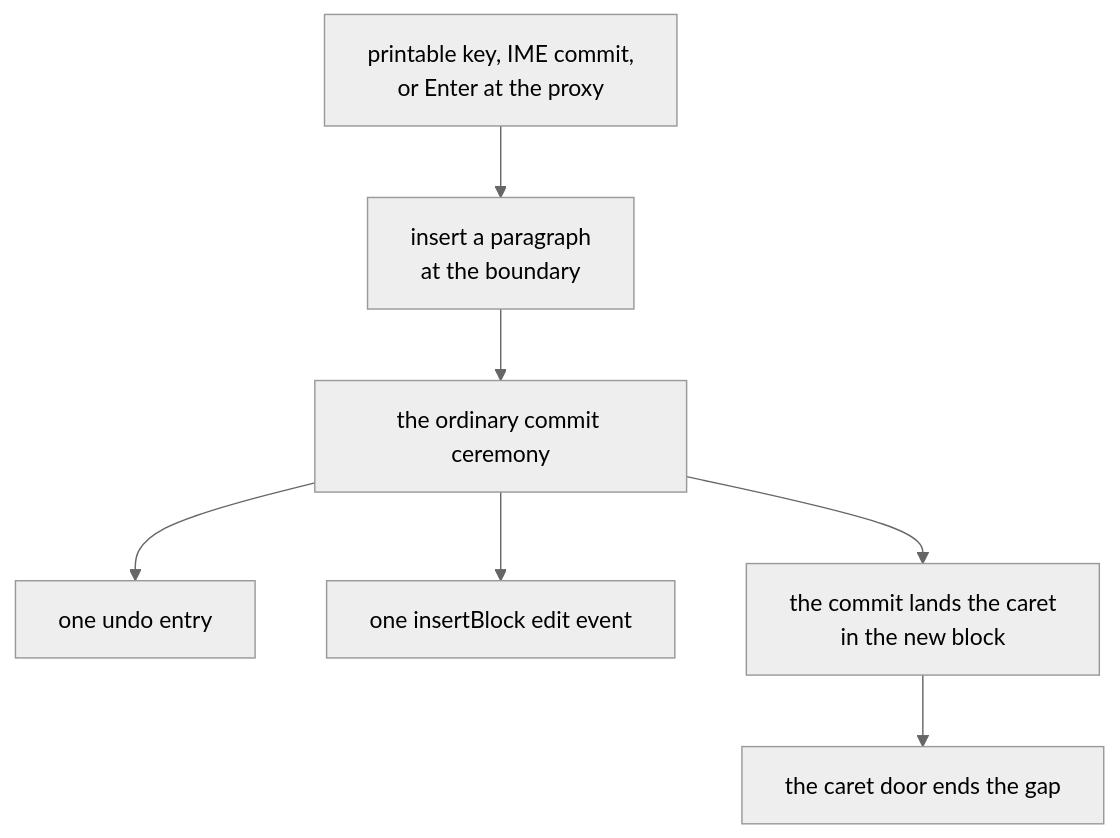
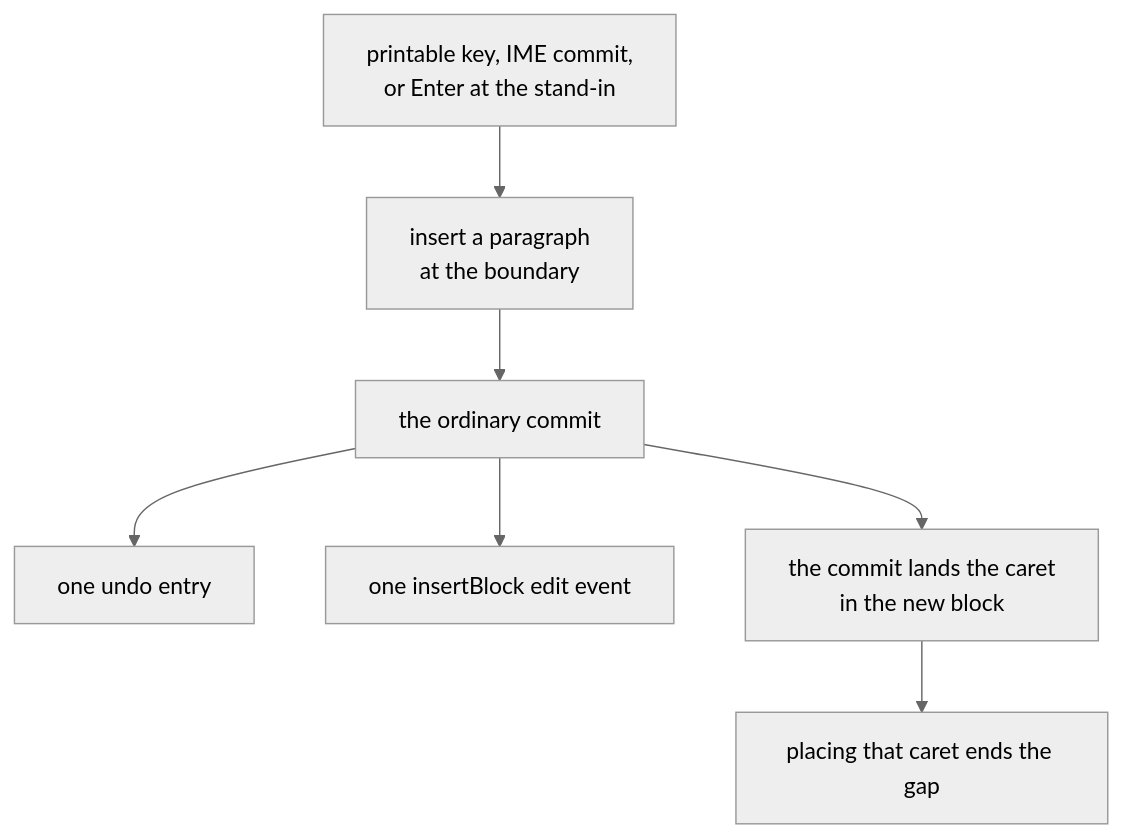
The second of 2 diagrams in docs/contributing/anatomy-of-a-change.md (voithos-labs/aragonite), drawn with Mermaid (neutral theme) before and after one commit. The commit also changed other lines of this file, not shown here.

````diff
--- a/docs/contributing/anatomy-of-a-change.md
+++ b/docs/contributing/anatomy-of-a-change.md
@@ -144,9 +130,9 @@
 ```mermaid
 flowchart TD
-    K["printable key, IME commit,<br/>or Enter at the proxy"] --> M["insert a paragraph<br/>at the boundary"]
-    M --> C["the ordinary commit ceremony"]
+    K["printable key, IME commit,<br/>or Enter at the stand-in"] --> M["insert a paragraph<br/>at the boundary"]
+    M --> C["the ordinary commit"]
     C --> U["one undo entry"]
     C --> V["one insertBlock edit event"]
     C --> F["the commit lands the caret<br/>in the new block"]
-    F --> X["the caret door ends the gap"]
+    F --> X["placing that caret ends the gap"]
 ```
````
